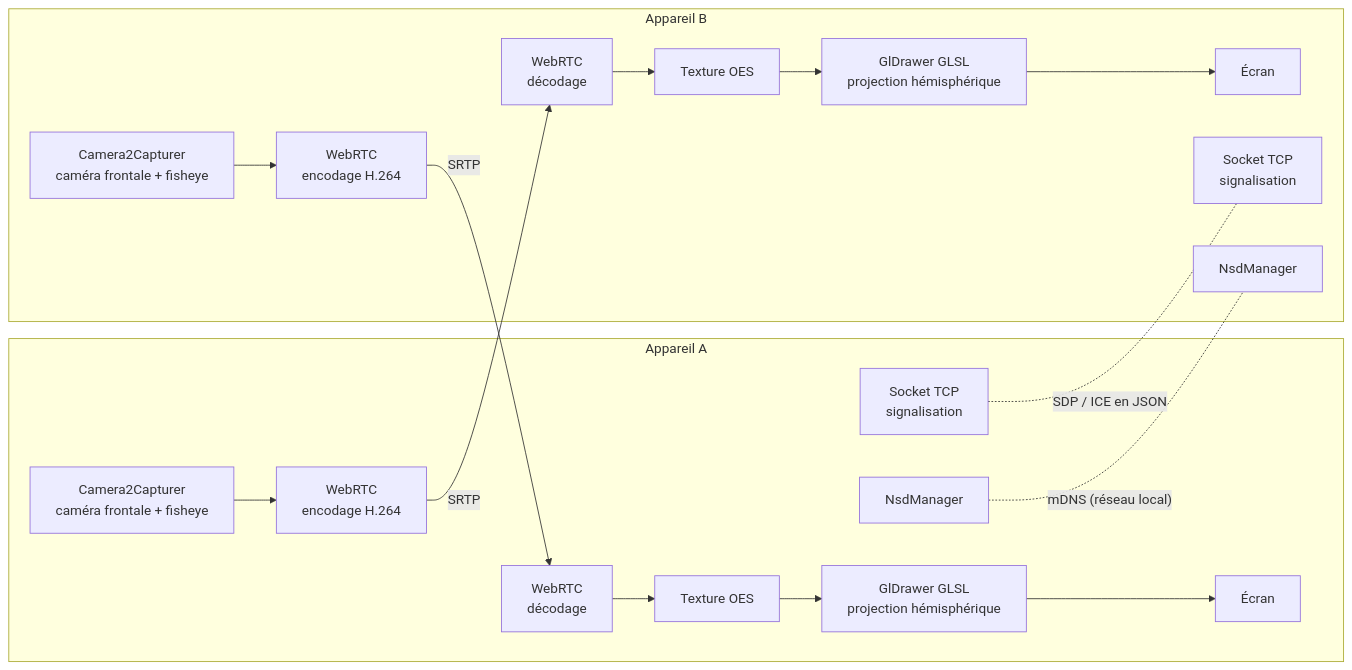
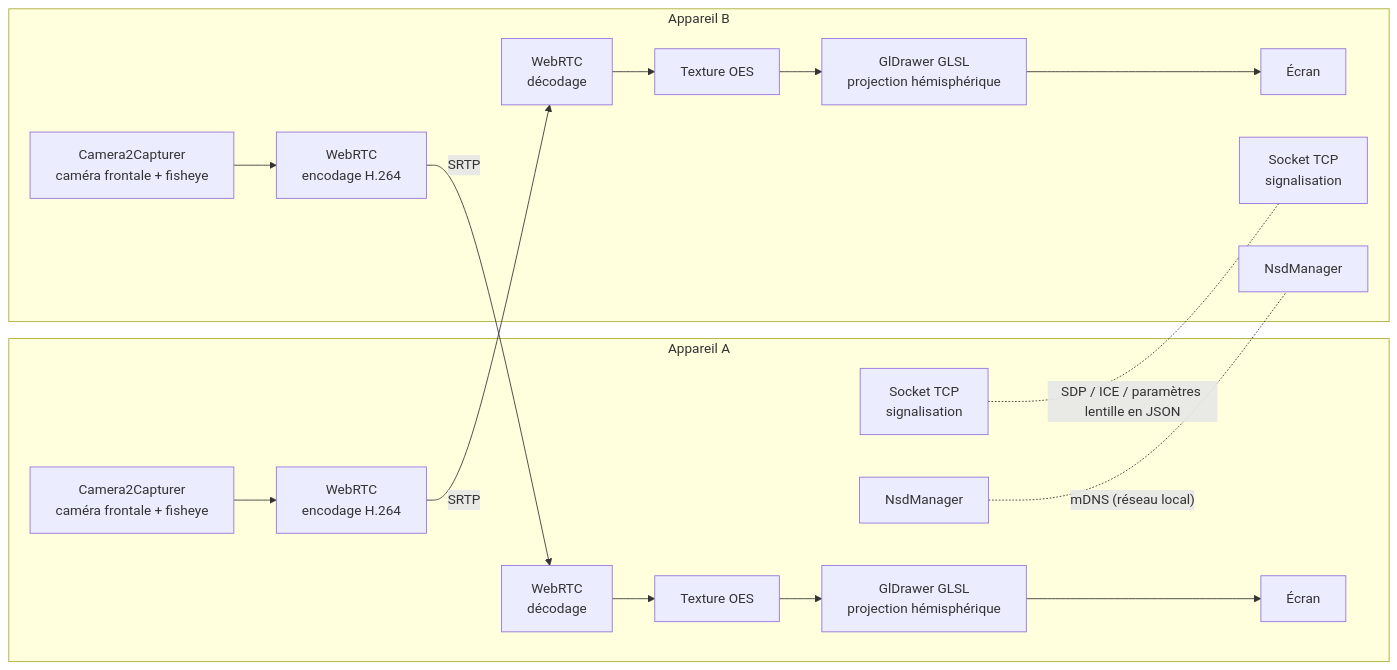
Before and after one commit to CelianHache/mobile-portal: the diagram in docs/project_description.md, drawn with Mermaid. The commit also changed other lines of this file, not shown here.

````diff
--- a/docs/project_description.md
+++ b/docs/project_description.md
@@ -83,19 +101,19 @@
 ```mermaid
 flowchart LR
     subgraph A[Appareil A]
         CamA[Camera2Capturer<br/>caméra frontale + fisheye] --> EncA[WebRTC<br/>encodage H.264]
         DecA[WebRTC<br/>décodage] --> TexA[Texture OES] --> GLA[GlDrawer GLSL<br/>projection hémisphérique] --> ScrA[Écran]
         SigA[Socket TCP<br/>signalisation]
         NsdA[NsdManager]
     end
     subgraph B[Appareil B]
         CamB[Camera2Capturer<br/>caméra frontale + fisheye] --> EncB[WebRTC<br/>encodage H.264]
         DecB[WebRTC<br/>décodage] --> TexB[Texture OES] --> GLB[GlDrawer GLSL<br/>projection hémisphérique] --> ScrB[Écran]
         SigB[Socket TCP<br/>signalisation]
         NsdB[NsdManager]
     end
-    NsdA -. mDNS (réseau local) .- NsdB
-    SigA -. SDP / ICE en JSON .- SigB
+    NsdA -. "mDNS (réseau local)" .- NsdB
+    SigA -. "SDP / ICE / paramètres lentille en JSON" .- SigB
     EncA -- SRTP --> DecB
     EncB -- SRTP --> DecA
 ```
````
